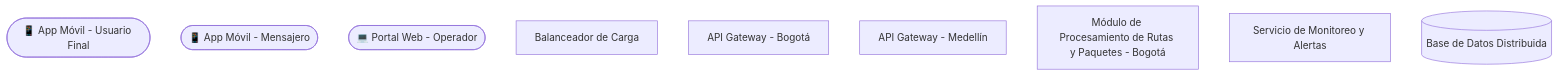
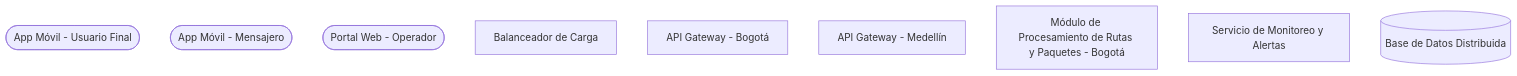
Before and after one commit to CesarAVegaF312/AREM-Taller_4_Infraestructura: the second of 7 diagrams in clase/guia_paso_a_paso_infraestructura.md, drawn with Mermaid. The commit also changed other lines of this file and 5 other files, not shown here.

````diff
--- a/clase/guia_paso_a_paso_infraestructura.md
+++ b/clase/guia_paso_a_paso_infraestructura.md
@@ -56,12 +56,12 @@
 ```mermaid
 flowchart TD
-    usuario(["📱 App Móvil - Usuario Final"])
-    mensajero(["📱 App Móvil - Mensajero"])
-    operador(["💻 Portal Web - Operador"])
+    usuario(["App Móvil - Usuario Final"])
+    mensajero(["App Móvil - Mensajero"])
+    operador(["Portal Web - Operador"])
     lb["Balanceador de Carga"]
     gwbog["API Gateway - Bogotá"]
     gwmed["API Gateway - Medellín"]
     rutasbog["Módulo de Procesamiento de Rutas y Paquetes - Bogotá"]
     monitor["Servicio de Monitoreo y Alertas"]
     db[("Base de Datos Distribuida")]
 ```
````
